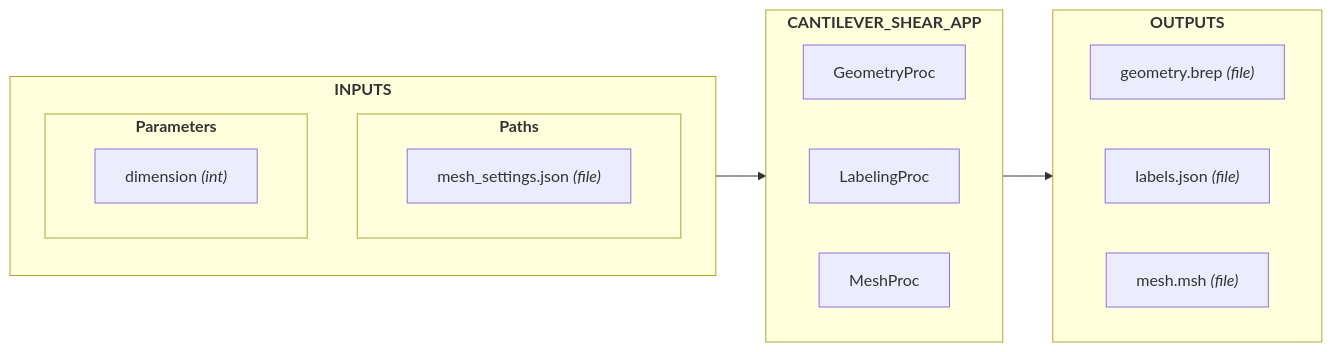
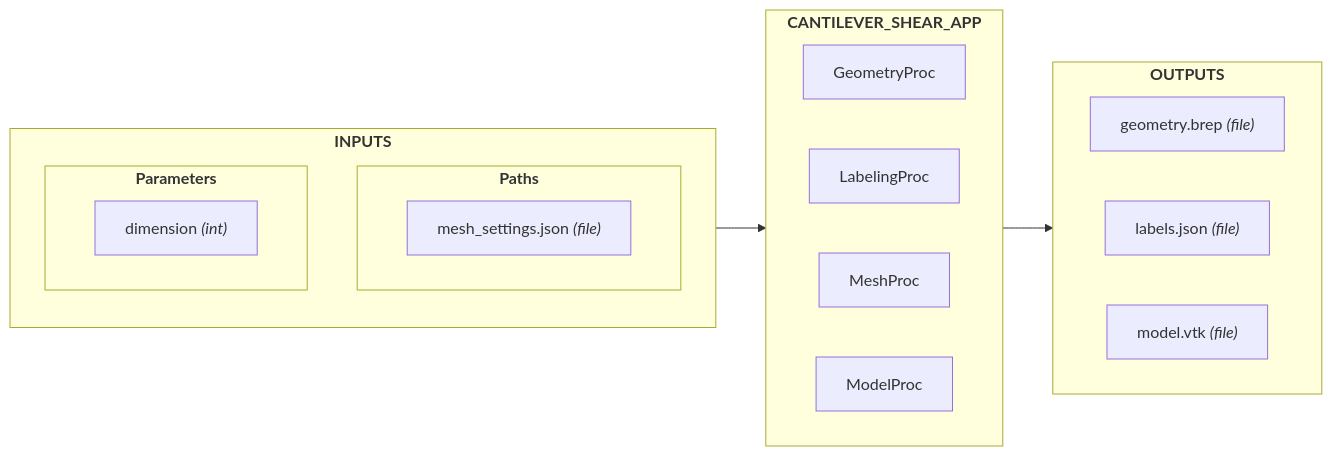
Before and after one commit to nuremics/sim-labs: the sixth of 10 diagrams in src/nuremics_labs/apps/simulation/CANTILEVER_SHEAR_APP/README.md, drawn with Mermaid. The commit also changed other lines of this file and 9 other files, not shown here.

Commit message:
add ModelProc

````diff
--- a/src/nuremics_labs/apps/simulation/CANTILEVER_SHEAR_APP/README.md
+++ b/src/nuremics_labs/apps/simulation/CANTILEVER_SHEAR_APP/README.md
@@ -104,33 +128,35 @@
 ```mermaid
 flowchart LR
   subgraph Inputs[<b>INPUTS<b>]
     direction TB
 
     subgraph Paths[<b>Paths<b>]
       direction LR
       path["mesh_settings.json <i>(file)<i>"]
     end
 
     subgraph Parameters[<b>Parameters<b>]
       direction LR
       param1["dimension <i>(int)<i>"]
     end
   end
 
   subgraph App[<b>CANTILEVER_SHEAR_APP<b>]
     direction RL
     proc1["GeometryProc"]
     proc2["LabelingProc"]
     proc3["MeshProc"]
+    proc4["ModelProc"]
   end
 
   subgraph Outputs[<b>OUTPUTS<b>]
     direction RL
     out1["geometry.brep <i>(file)<i>"]
     out2["labels.json <i>(file)<i>"]
     out3["mesh.msh <i>(file)<i>"]
+    out3["model.vtk <i>(file)<i>"]
   end
 
   Inputs --> App
   App --> Outputs
 ```
````
